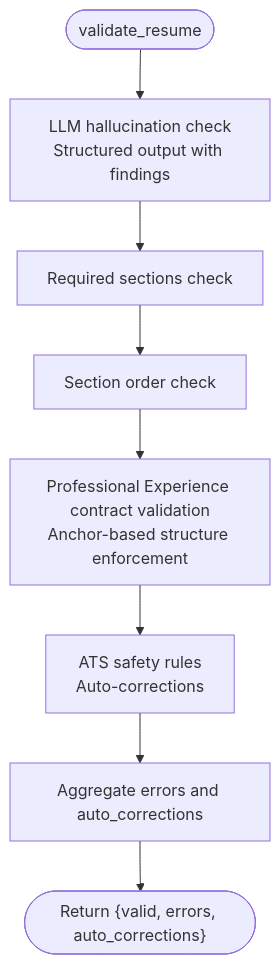
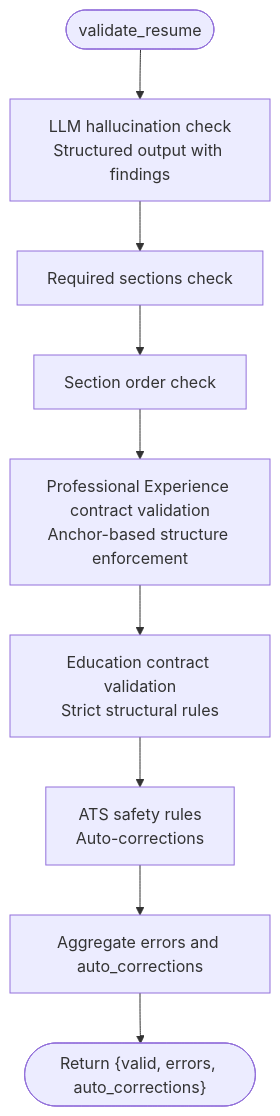
One commit to sankaL/resume-app changed the sixth of 16 diagrams in .qoder/repowiki/en/content/AI Agent System/AI Agent System.md. Above: the diagram before and after it, drawn with Mermaid. The commit also changed other lines of this file and 7 other files, not shown here.

````diff
--- a/.qoder/repowiki/en/content/AI Agent System/AI Agent System.md
+++ b/.qoder/repowiki/en/content/AI Agent System/AI Agent System.md
@@ -347,10 +361,11 @@
 ```mermaid
 flowchart TD
 Start(["validate_resume"]) --> Hallu["LLM hallucination check<br/>Structured output with findings"]
 Hallu --> Req["Required sections check"]
 Req --> Order["Section order check"]
 Order --> PE["Professional Experience contract validation<br/>Anchor-based structure enforcement"]
-PE --> ATSSafe["ATS safety rules<br/>Auto-corrections"]
+PE --> EDU["Education contract validation<br/>Strict structural rules"]
+EDU --> ATSSafe["ATS safety rules<br/>Auto-corrections"]
 ATSSafe --> Merge["Aggregate errors and auto_corrections"]
 Merge --> End(["Return {valid, errors, auto_corrections}"])
 ```
````
